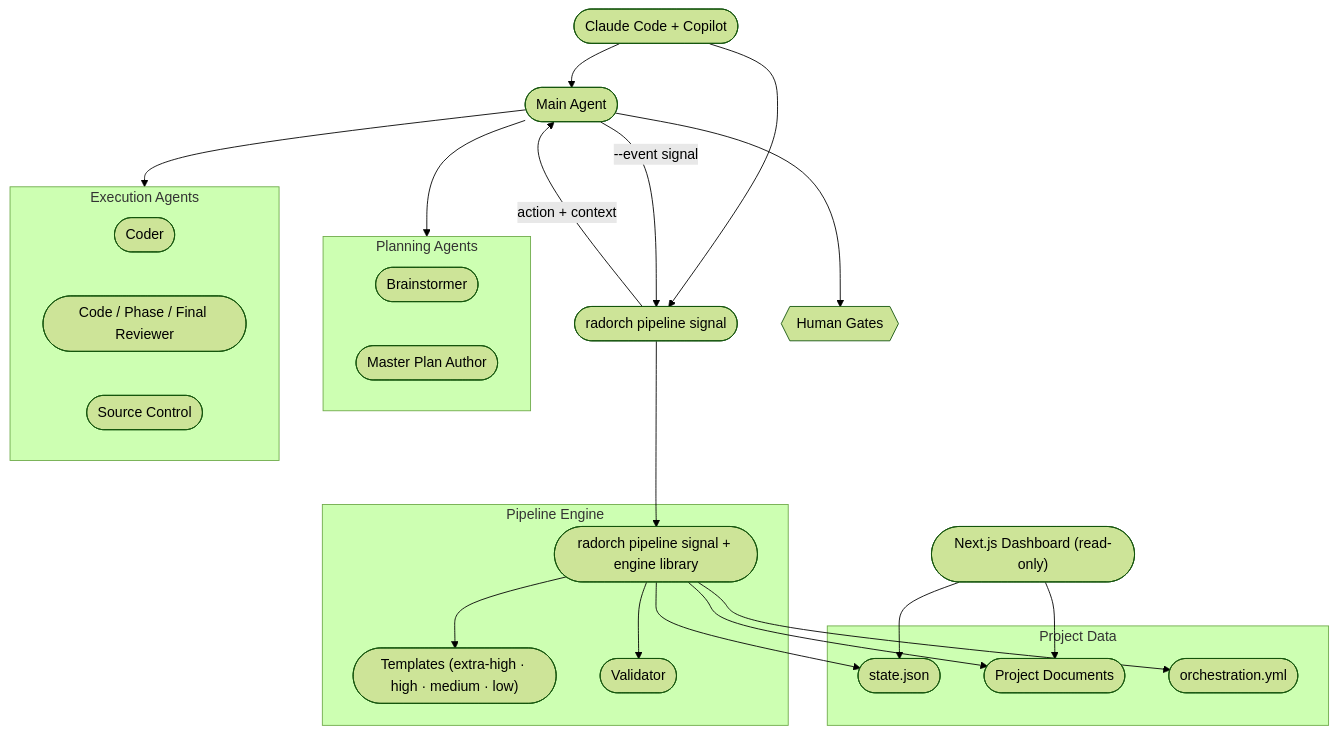
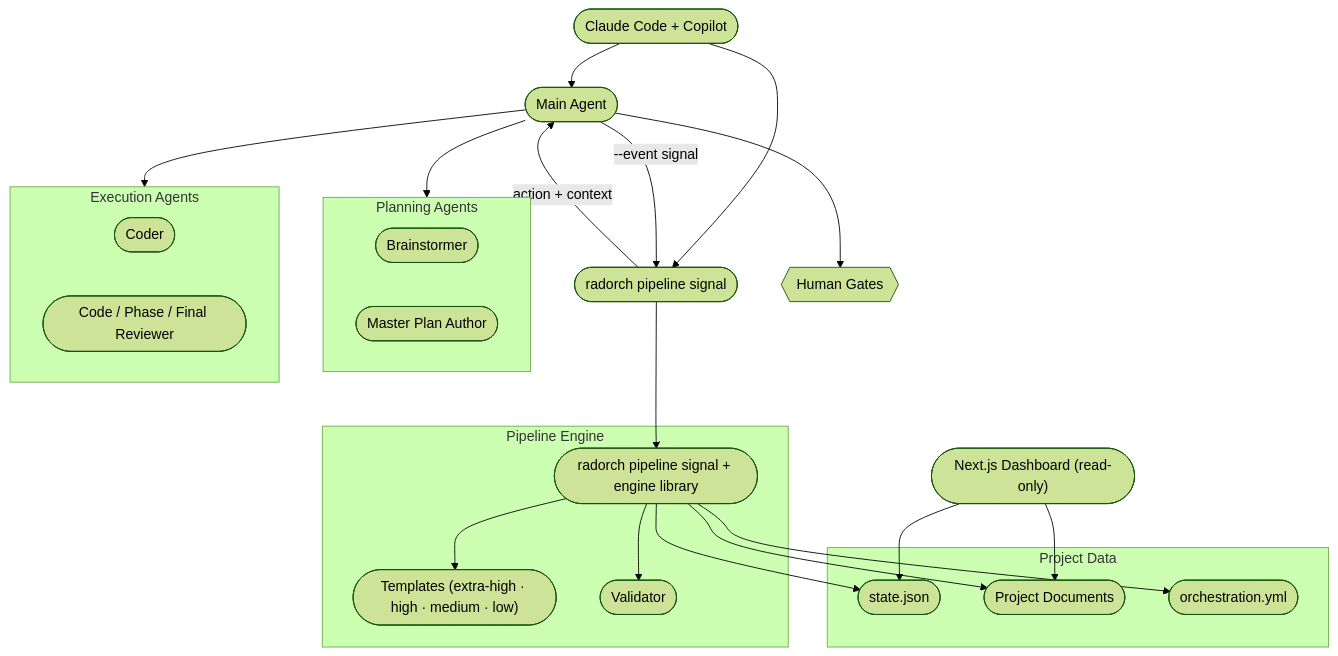
One commit to MetalHexx/Rad-Agent-Orchestrator changed the diagram in docs/internals/system-architecture.md. Above: the diagram before and after it, drawn with Mermaid (forest theme). The commit also changed other lines of this file and 3 other files, not shown here.

````diff
--- a/docs/internals/system-architecture.md
+++ b/docs/internals/system-architecture.md
@@ -9,49 +9,48 @@
 ```mermaid
 flowchart TD
     DEV(["Claude Code + Copilot"]) --> MAIN(["Main Agent"])
     DEV --> CLI(["radorch pipeline signal"])
 
     MAIN -->|"--event signal"| CLI
     CLI -->|"action + context"| MAIN
 
     subgraph PLAN ["Planning Agents"]
         BRAIN(["Brainstormer"])
         MP(["Master Plan Author"])
     end
 
     subgraph EXEC ["Execution Agents"]
         CODER(["Coder"])
         REVIEWER(["Code / Phase / Final Reviewer"])
-        SC(["Source Control"])
     end
 
     GATE{{"Human Gates"}}
 
     MAIN --> PLAN
     MAIN --> EXEC
     MAIN --> GATE
 
     subgraph ENGINE ["Pipeline Engine"]
         ENG(["radorch pipeline signal + engine library"])
         TPL(["Templates (extra-high · high · medium · low)"])
         VAL(["Validator"])
     end
 
     CLI --> ENG
     ENG --> TPL
     ENG --> VAL
 
     subgraph DATA ["Project Data"]
         STATE(["state.json"])
         DOCS(["Project Documents"])
         CFG(["orchestration.yml"])
     end
 
     ENG --> STATE
     ENG --> DOCS
     ENG --> CFG
 
     UI(["Next.js Dashboard (read-only)"])
     UI --> STATE
     UI --> DOCS
 ```
````
